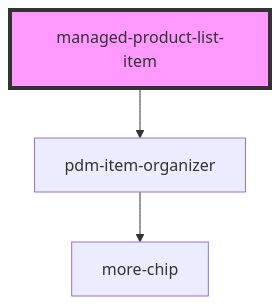
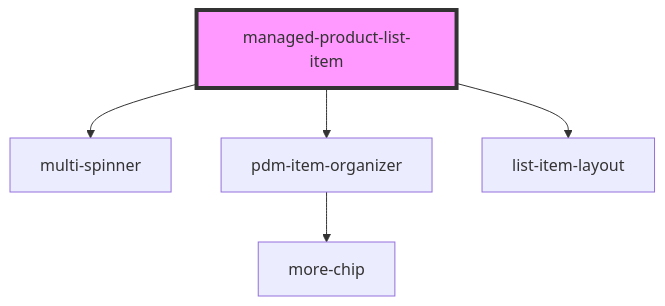
One commit to PharmaLedger-IMI/fgt-workspace changed the diagram in pdm-web-components/src/components/managed-product-list-item/readme.md. Above: the diagram before and after it, drawn with Mermaid. The commit also changed other lines of this file and 174 other files, not shown here.

````diff
--- a/pdm-web-components/src/components/managed-product-list-item/readme.md
+++ b/pdm-web-components/src/components/managed-product-list-item/readme.md
@@ -44,6 +46,8 @@
 ```mermaid
 graph TD;
+  managed-product-list-item --> multi-spinner
   managed-product-list-item --> pdm-item-organizer
+  managed-product-list-item --> list-item-layout
   pdm-item-organizer --> more-chip
   style managed-product-list-item fill:#f9f,stroke:#333,stroke-width:4px
 ```
````
